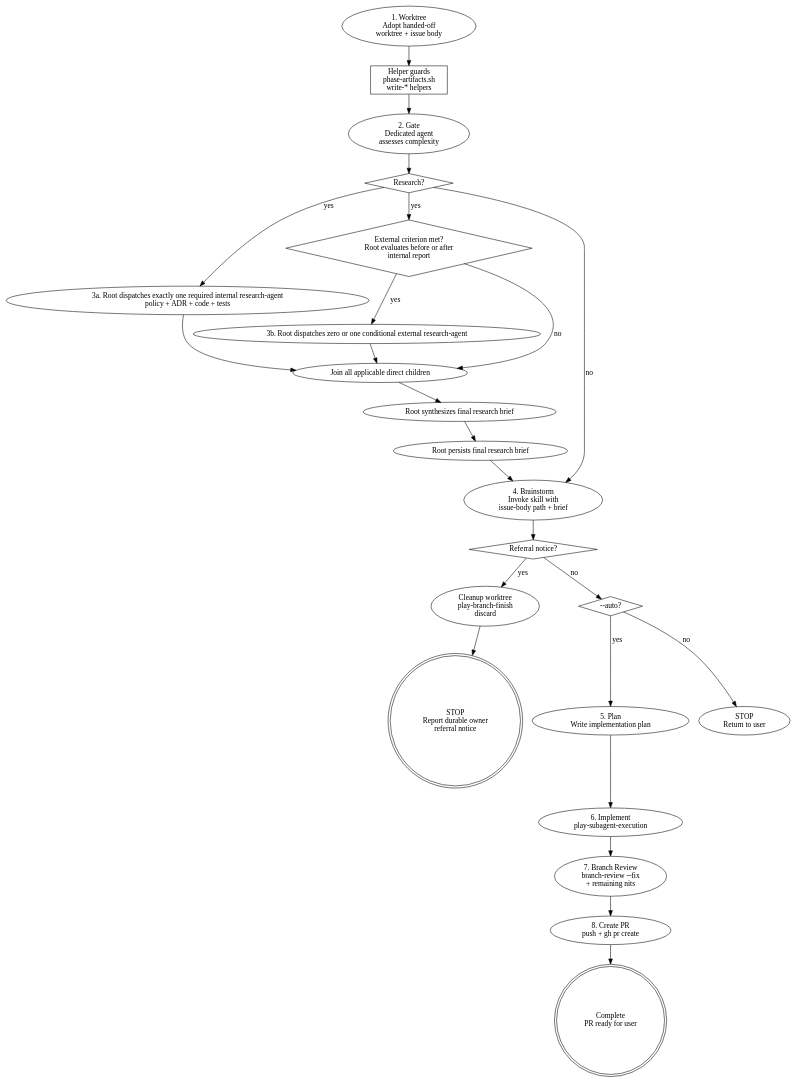
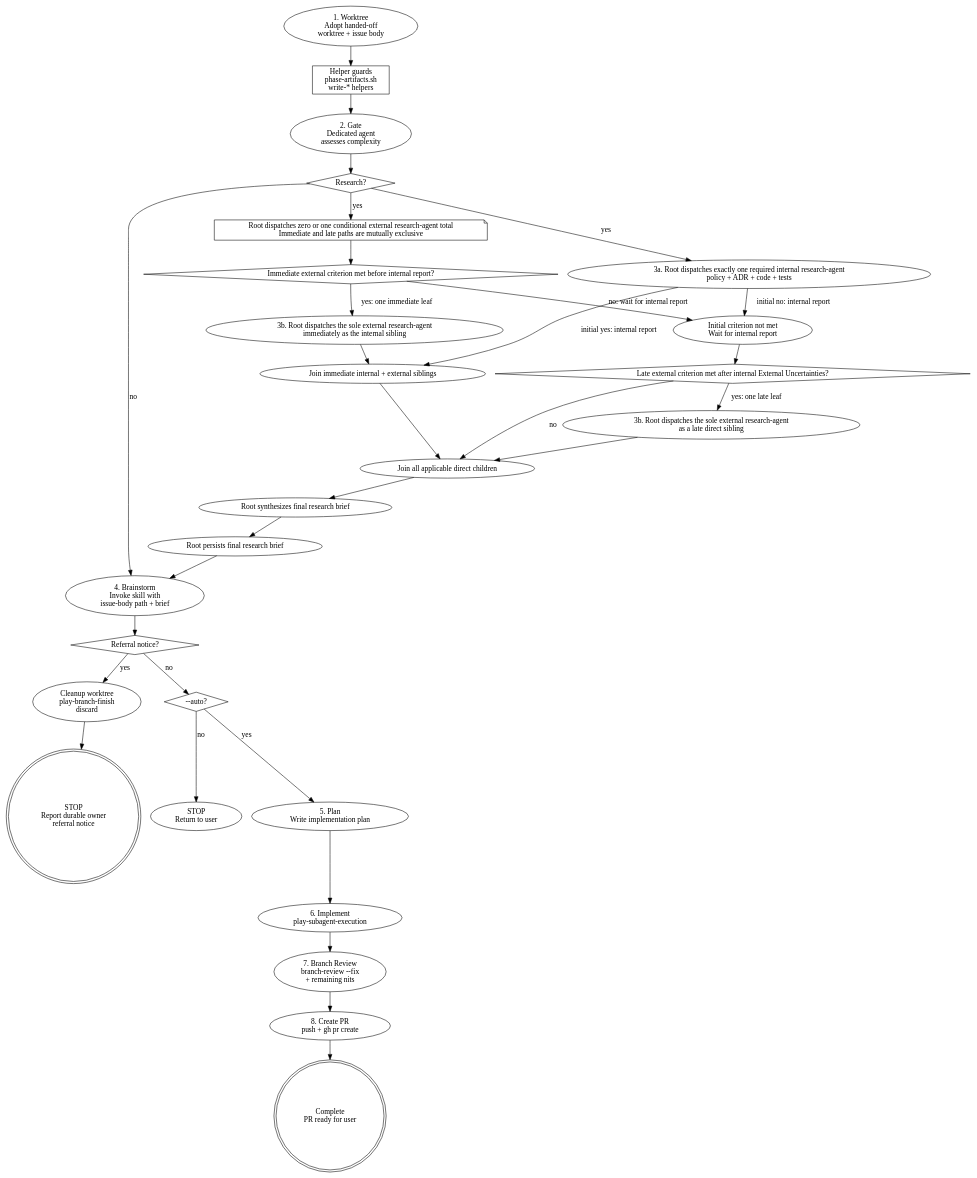
One commit to ryumiel/devcanon changed the diagram in skills/issue-priming-workflow/references/workflow-diagram.md. Above: the diagram before and after it, drawn with Graphviz. The commit also changed 1 other file, not shown here.

Commit message:
fix(skill): model late external research routing

````diff
--- a/skills/issue-priming-workflow/references/workflow-diagram.md
+++ b/skills/issue-priming-workflow/references/workflow-diagram.md
@@ -6,44 +6,56 @@
 ```dot
 digraph priming {
   rankdir=TB;
   worktree [label="1. Worktree\nAdopt handed-off\nworktree + issue body"];
   helpers [label="Helper guards\nphase-artifacts.sh\nwrite-* helpers", shape=box];
   gate [label="2. Gate\nDedicated agent\nassesses complexity"];
   decide [label="Research?", shape=diamond];
   internal_research [label="3a. Root dispatches exactly one required internal research-agent\npolicy + ADR + code + tests"];
-  external_decide [label="External criterion met?\nRoot evaluates before or after\ninternal report", shape=diamond];
-  external_research [label="3b. Root dispatches zero or one conditional external research-agent"];
+  external_policy [label="Root dispatches zero or one conditional external research-agent total\nImmediate and late paths are mutually exclusive", shape=note];
+  immediate_external_decide [label="Immediate external criterion met before internal report?", shape=diamond];
+  immediate_external_research [label="3b. Root dispatches the sole external research-agent\nimmediately as the internal sibling"];
+  immediate_join [label="Join immediate internal + external siblings"];
+  late_external_wait [label="Initial criterion not met\nWait for internal report"];
+  late_external_decide [label="Late external criterion met after internal External Uncertainties?", shape=diamond];
+  late_external_research [label="3b. Root dispatches the sole external research-agent\nas a late direct sibling"];
   research_join [label="Join all applicable direct children"];
   research_synthesize [label="Root synthesizes final research brief"];
   research_persist [label="Root persists final research brief"];
   brainstorm [label="4. Brainstorm\nInvoke skill with\nissue-body path + brief"];
   referral_check [label="Referral notice?", shape=diamond];
   cleanup [label="Cleanup worktree\nplay-branch-finish\ndiscard"];
   referral [label="STOP\nReport durable owner\nreferral notice", shape=doublecircle];
   auto_check [label="--auto?", shape=diamond];
   plan [label="5. Plan\nWrite implementation plan"];
   implement [label="6. Implement\nplay-subagent-execution"];
   stop_interactive [label="STOP\nReturn to user"];
 
   worktree -> helpers -> gate -> decide;
   decide -> internal_research [label="yes"];
-  decide -> external_decide [label="yes"];
+  decide -> external_policy [label="yes"];
   decide -> brainstorm [label="no"];
-  internal_research -> research_join;
-  external_decide -> external_research [label="yes"];
-  external_decide -> research_join [label="no"];
-  external_research -> research_join;
+  external_policy -> immediate_external_decide;
+  immediate_external_decide -> immediate_external_research [label="yes: one immediate leaf"];
+  immediate_external_decide -> late_external_wait [label="no: wait for internal report"];
+  internal_research -> immediate_join [label="initial yes: internal report"];
+  immediate_external_research -> immediate_join;
+  immediate_join -> research_join;
+  internal_research -> late_external_wait [label="initial no: internal report"];
+  late_external_wait -> late_external_decide;
+  late_external_decide -> late_external_research [label="yes: one late leaf"];
+  late_external_decide -> research_join [label="no"];
+  late_external_research -> research_join;
   research_join -> research_synthesize -> research_persist;
   research_persist -> brainstorm;
   brainstorm -> referral_check;
   referral_check -> cleanup [label="yes"];
   cleanup -> referral;
   referral_check -> auto_check [label="no"];
   auto_check -> plan [label="yes"];
   auto_check -> stop_interactive [label="no"];
   plan -> implement -> review -> create_pr -> done;
   review [label="7. Branch Review\nbranch-review --fix\n+ remaining nits"];
   create_pr [label="8. Create PR\npush + gh pr create"];
   done [label="Complete\nPR ready for user", shape=doublecircle];
 }
 ```
````
